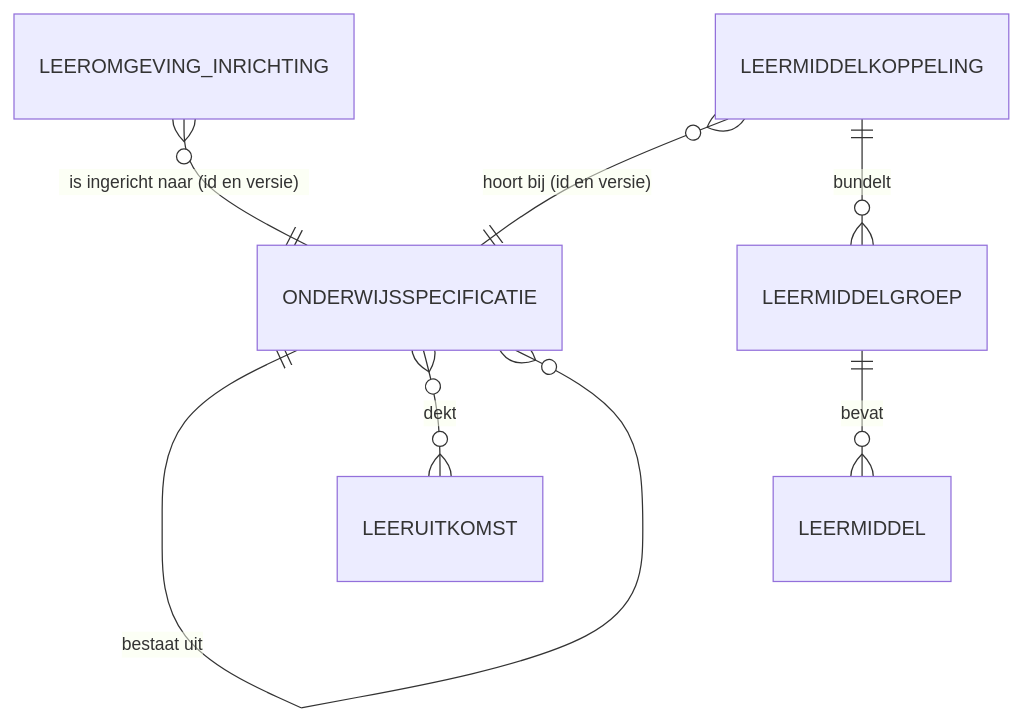
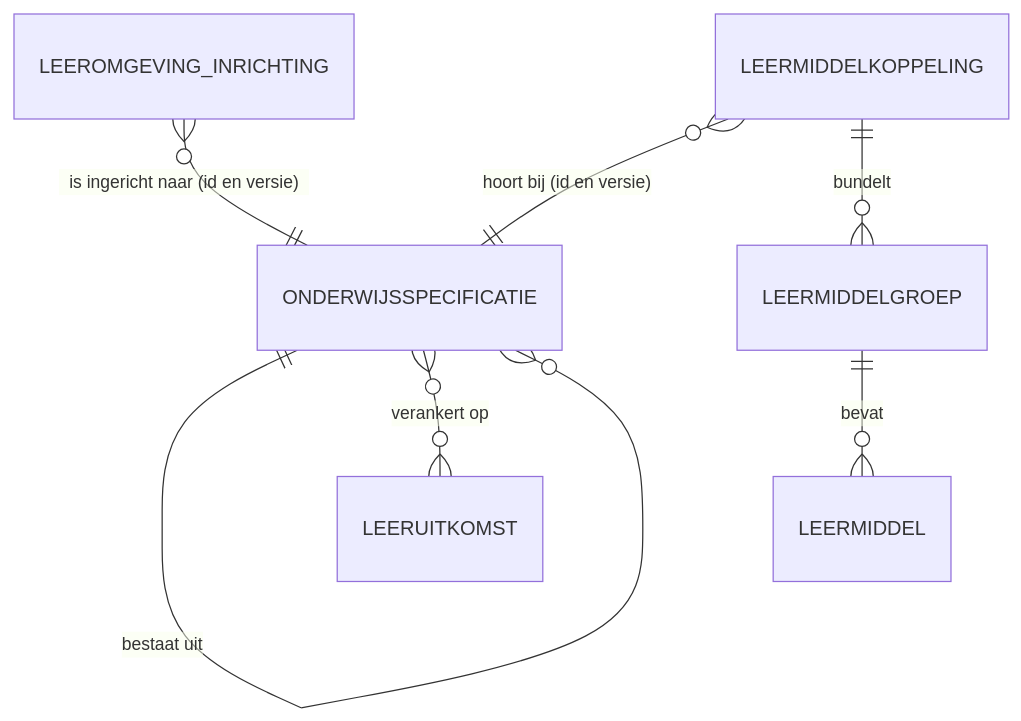
The second of 4 diagrams in architecture/agent-artifacts/design-docs/koppelingspecificaties/oc-lms/20260723_1403_okx-lr1-koppelingspecificatie-oc-lms.md (Npuls-OKx/meta), drawn with Mermaid before and after one commit. The commit also changed other lines of this file and 12 other files, not shown here.

````diff
--- a/architecture/agent-artifacts/design-docs/koppelingspecificaties/oc-lms/20260723_1403_okx-lr1-koppelingspecificatie-oc-lms.md
+++ b/architecture/agent-artifacts/design-docs/koppelingspecificaties/oc-lms/20260723_1403_okx-lr1-koppelingspecificatie-oc-lms.md
@@ -83,9 +84,9 @@
 ```mermaid
 erDiagram
     ONDERWIJSSPECIFICATIE ||--o{ ONDERWIJSSPECIFICATIE : "bestaat uit"
-    ONDERWIJSSPECIFICATIE }o--o{ LEERUITKOMST : "dekt"
+    ONDERWIJSSPECIFICATIE }o--o{ LEERUITKOMST : "verankert op"
     LEEROMGEVING_INRICHTING }o--|| ONDERWIJSSPECIFICATIE : "is ingericht naar (id en versie)"
     LEERMIDDELKOPPELING }o--|| ONDERWIJSSPECIFICATIE : "hoort bij (id en versie)"
     LEERMIDDELKOPPELING ||--o{ LEERMIDDELGROEP : "bundelt"
     LEERMIDDELGROEP ||--o{ LEERMIDDEL : "bevat"
 ```
````
